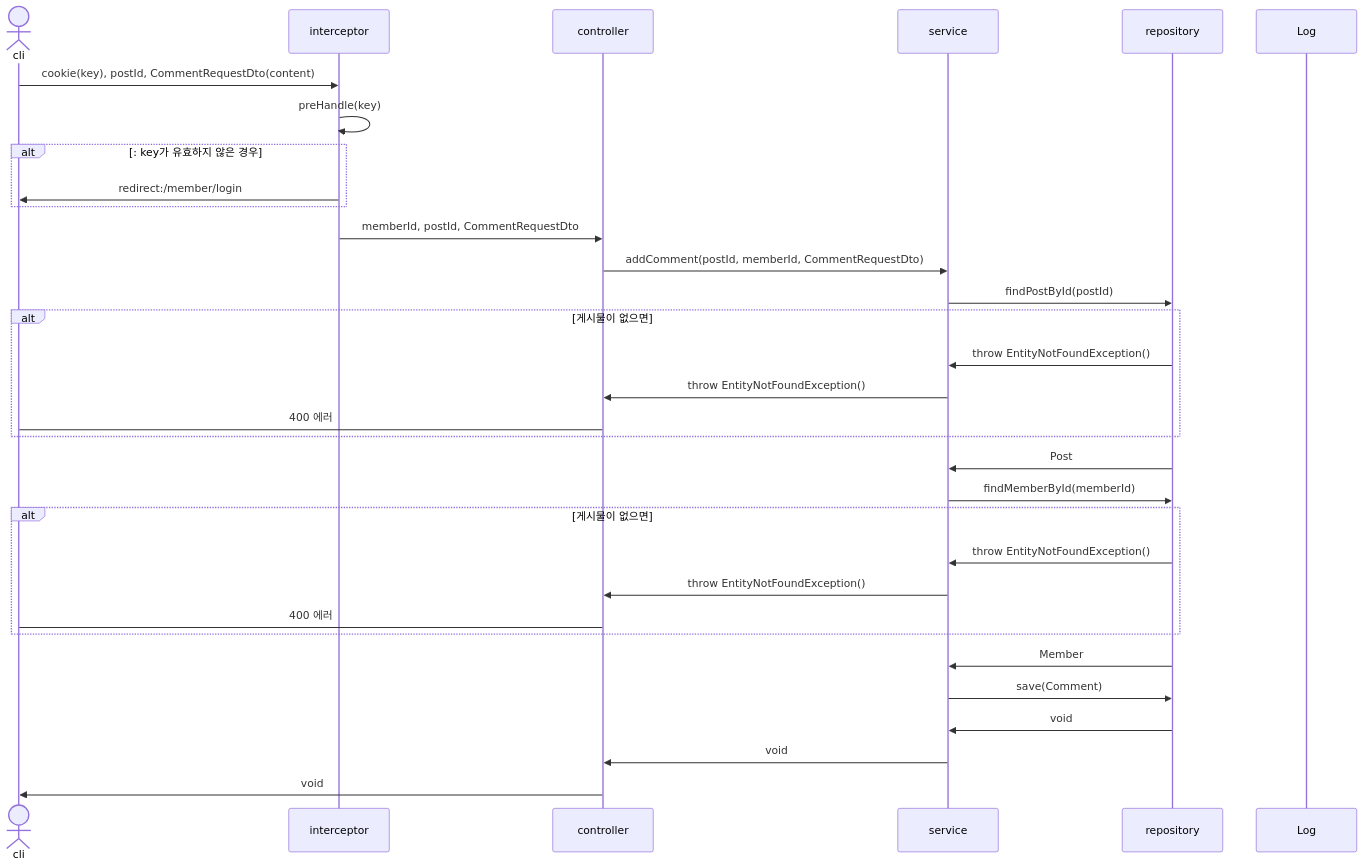
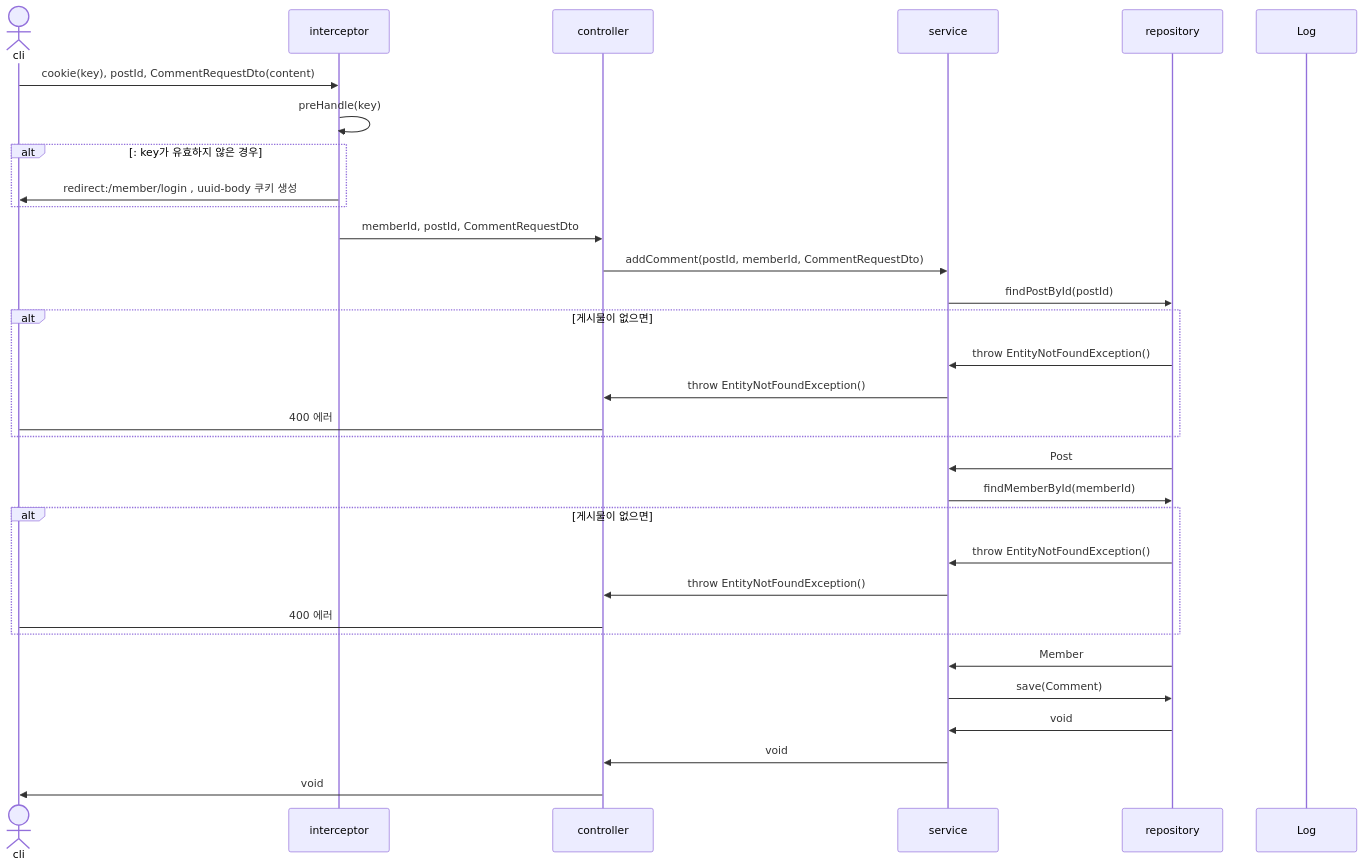
Before and after one commit to mtak0235/snsX: diagram 24 of 33 in sequence.md, drawn with Mermaid. The commit also changed other lines of this file and 6 other files, not shown here.

````diff
--- a/sequence.md
+++ b/sequence.md
@@ -586,35 +611,35 @@
 ```mermaid
 sequenceDiagram
 actor cli
 participant i as interceptor
 participant c as controller
 participant s as service
 participant r as repository
 participant l as Log
 
 cli->>i: cookie(key), postId, CommentRequestDto(content)
 i->>i: preHandle(key)
 alt: key가 유효하지 않은 경우
-i->>cli: redirect:/member/login
+i->>cli: redirect:/member/login , uuid-body 쿠키 생성
 end
 i->>c: memberId, postId, CommentRequestDto
 c->>s: addComment(postId, memberId, CommentRequestDto)
 s->>r: findPostById(postId)
 alt 게시물이 없으면
 r->>s: throw EntityNotFoundException()
 s->>c: throw EntityNotFoundException()
 c->cli: 400 에러
 end
 r->>s: Post
 s->>r: findMemberById(memberId)
 alt 게시물이 없으면
 r->>s: throw EntityNotFoundException()
 s->>c: throw EntityNotFoundException()
 c->cli: 400 에러
 end
 r->>s: Member
 s->>r: save(Comment)
 r->>s: void
 s->>c: void
 c->>cli: void
 ```
````
